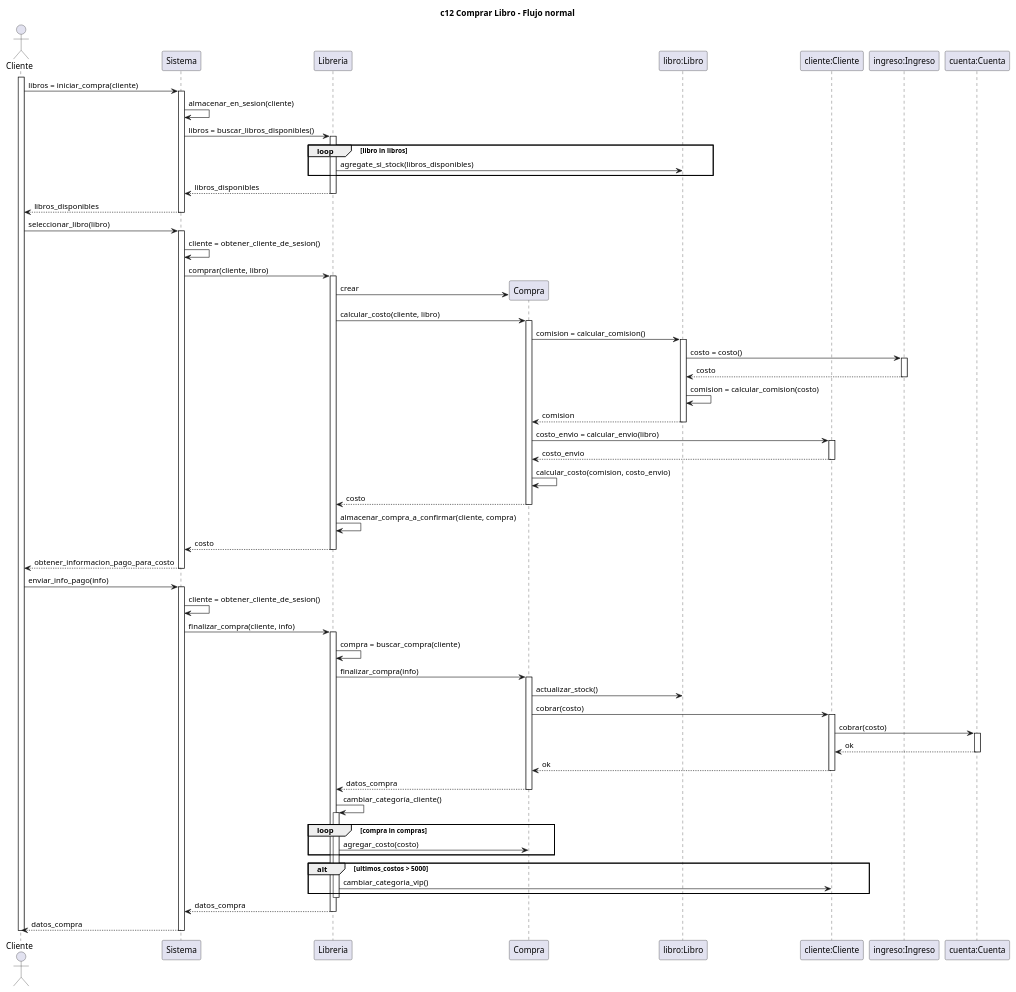
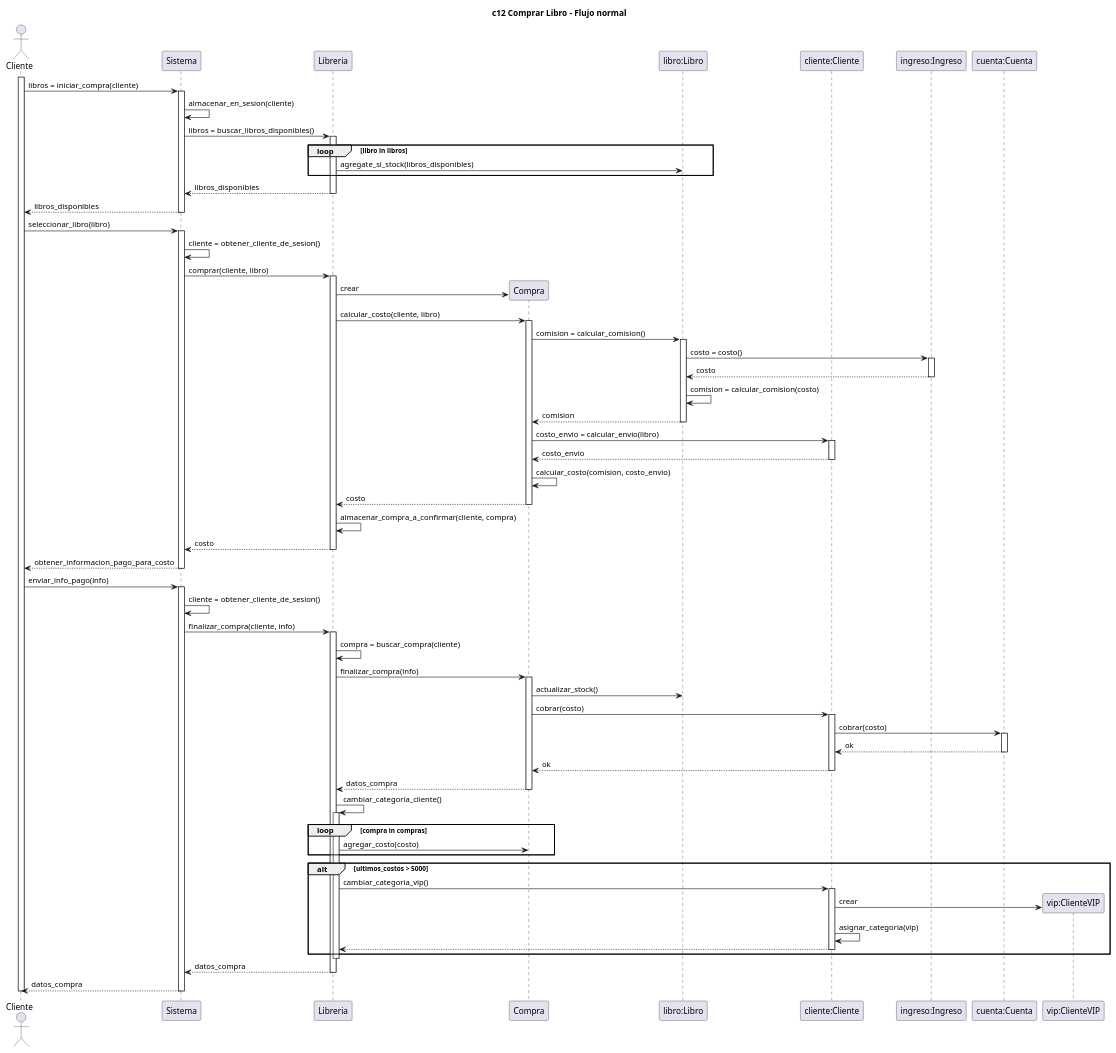
Before and after one commit to pablodanielrey/dsbm: the diagram in tp/secuencia/compra/secuencia.plantuml, drawn with PlantUML.

Commit message:
agrego los cambios con la categoria

```diff
--- a/tp/secuencia/compra/secuencia.plantuml
+++ b/tp/secuencia/compra/secuencia.plantuml
@@ -2,94 +2,100 @@
 @startuml c12 Comprar Libro - Flujo normal
 
 title c12 Comprar Libro - Flujo normal
 
 actor Cliente as c
 participant Sistema as s
 participant Libreria as l
 participant Compra as compra
 participant "libro:Libro" as libro
 participant "cliente:Cliente" as cliente
 participant "ingreso:Ingreso" as ingreso
 participant "cuenta:Cuenta" as cuenta
+participant "vip:ClienteVIP" as vip
 
 activate c
 c -> s : libros = iniciar_compra(cliente)
 activate s
     s -> s : almacenar_en_sesion(cliente)
     s -> l : libros = buscar_libros_disponibles()
     activate l
         loop libro in libros
             l -> libro : agregate_si_stock(libros_disponibles)
         end
         return libros_disponibles
     deactivate l
     c <-- s : libros_disponibles
 deactivate s
 
 c -> s : seleccionar_libro(libro)
 activate s
     s -> s : cliente = obtener_cliente_de_sesion()
     s -> l : comprar(cliente, libro)
     activate l 
         l -> compra ** : crear
         l -> compra : calcular_costo(cliente, libro)
         activate compra
             'el costo depende del tipo de libro y del tipo de cliente
             compra -> libro : comision = calcular_comision()
             activate libro
                 libro -> ingreso : costo = costo()
                 activate ingreso
                     libro <-- ingreso : costo
                 deactivate ingreso
                 libro -> libro : comision = calcular_comision(costo)
                 compra <-- libro : comision
             deactivate libro
             compra -> cliente : costo_envio = calcular_envio(libro)
             activate cliente
                 compra <-- cliente : costo_envio
             deactivate cliente
             compra -> compra : calcular_costo(comision, costo_envio)
             l <-- compra : costo
         deactivate compra
         l -> l : almacenar_compra_a_confirmar(cliente, compra)
         s <-- l : costo
     deactivate l
     return obtener_informacion_pago_para_costo
 deactivate s
 
 c -> s : enviar_info_pago(info)
 activate s
     s -> s : cliente = obtener_cliente_de_sesion()
     s -> l : finalizar_compra(cliente, info)
     activate l
         l -> l : compra = buscar_compra(cliente)
         l -> compra : finalizar_compra(info)
         activate compra
             compra -> libro : actualizar_stock()
             compra -> cliente : cobrar(costo)
             activate cliente
                 cliente -> cuenta : cobrar(costo)
                 activate cuenta
                     cliente <-- cuenta: ok
                 deactivate cuenta
                 compra <-- cliente : ok
             deactivate cliente
             l <-- compra : datos_compra
         deactivate compra
         l -> l : cambiar_categoría_cliente()
         activate l
             loop compra in compras
                 l -> compra : agregar_costo(costo)
             end
             alt ultimos_costos > 5000
-                l -> cliente : cambiar_categoria_vip() 
+                l -> cliente : cambiar_categoria_vip()
+                activate cliente
+                    cliente -> vip **: crear
+                    cliente -> cliente : asignar_categoria(vip)
+                    l <-- cliente
+                deactivate cliente
             end
         deactivate l
         s <-- l : datos_compra
     deactivate l
     c <-- s : datos_compra
 deactivate s
 
 deactivate c
 
 @enduml
```
